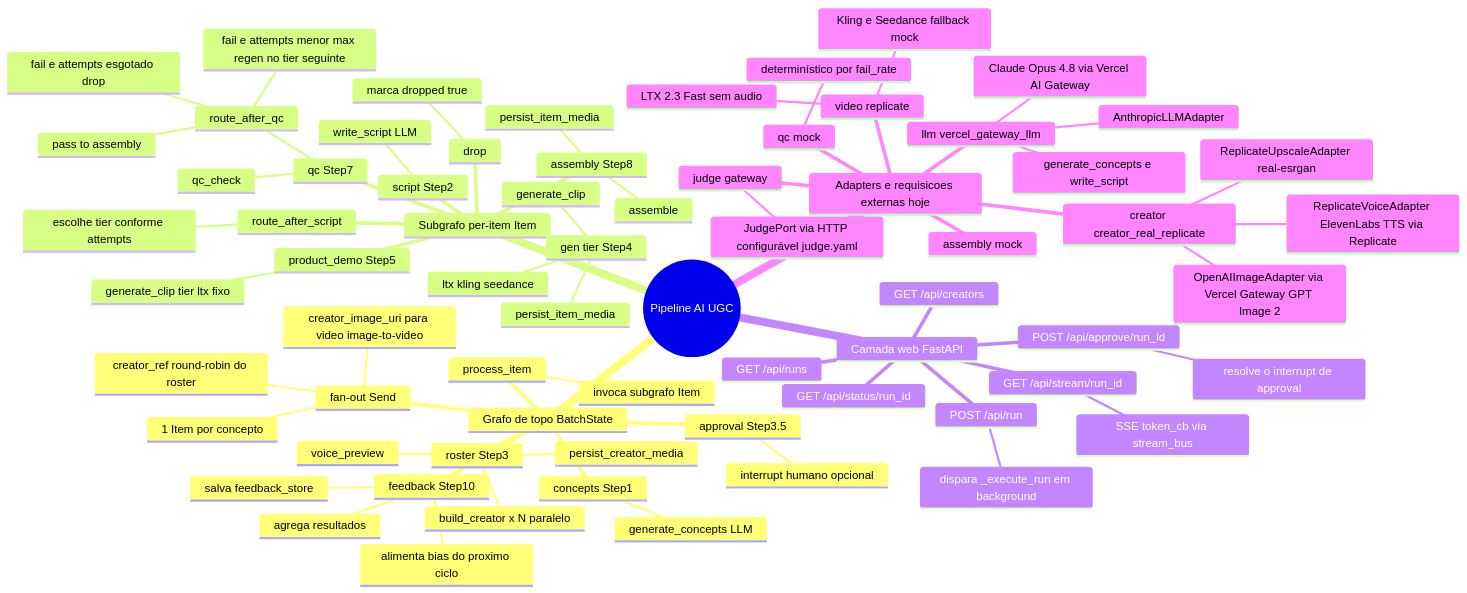
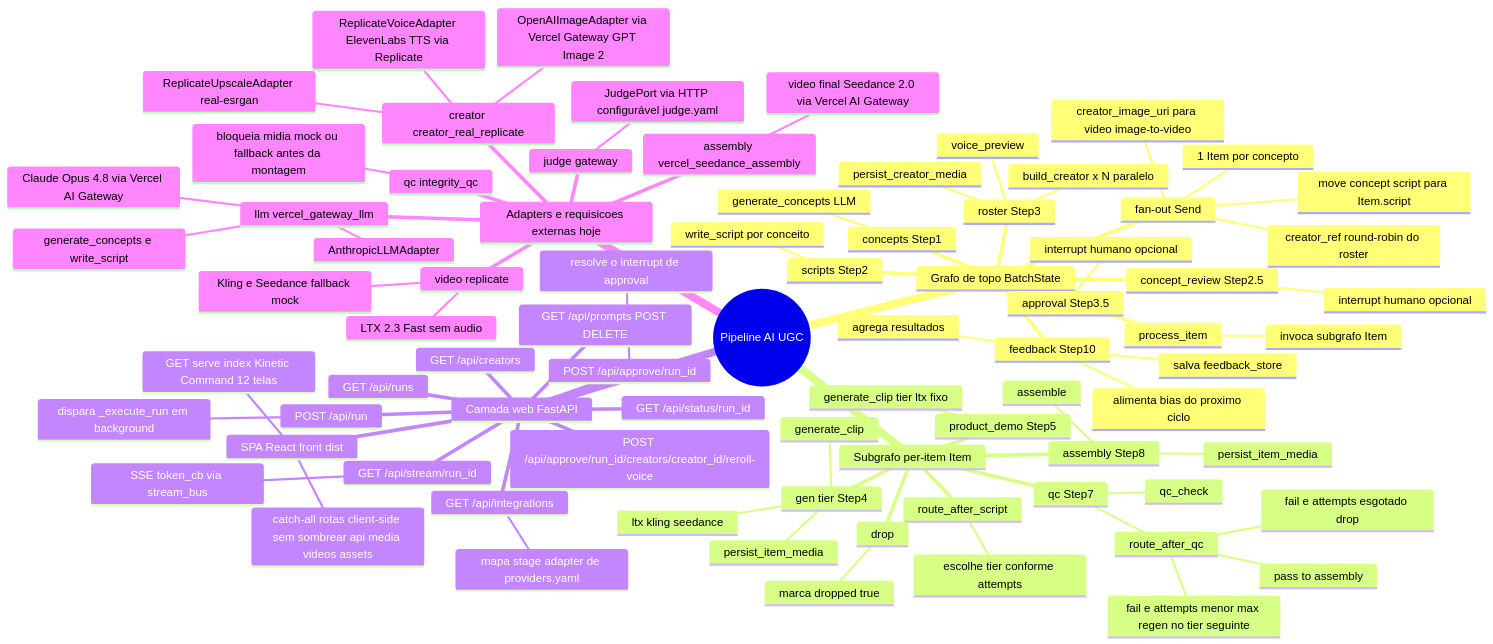
Before and after one commit to Lazaroenrico/video-orchestration-ai: the first of 2 diagrams in docs/FLOW_MINDMAP.md, drawn with Mermaid. The commit also changed other lines of this file and 75 other files, not shown here.

````diff
--- a/docs/FLOW_MINDMAP.md
+++ b/docs/FLOW_MINDMAP.md
@@ -10,16 +10,21 @@
 mindmap
   root((Pipeline AI UGC))
     Grafo de topo BatchState
+      concepts Step1
+        generate_concepts LLM
+      scripts Step2
+        write_script por conceito
+      concept_review Step2.5
+        interrupt humano opcional
       roster Step3
         build_creator x N paralelo
         persist_creator_media
         voice_preview
       approval Step3.5
         interrupt humano opcional
-      concepts Step1
-        generate_concepts LLM
       fan-out Send
         1 Item por concepto
+        move concept script para Item.script
         creator_ref round-robin do roster
         creator_image_uri para video image-to-video
       process_item
@@ -29,8 +34,6 @@
         salva feedback_store
         alimenta bias do proximo ciclo
     Subgrafo per-item Item
-      script Step2
-        write_script LLM
       route_after_script
         escolhe tier conforme attempts
       gen tier Step4
@@ -51,13 +54,20 @@
       drop
         marca dropped true
     Camada web FastAPI
+      SPA React front dist
+        GET serve index Kinetic Command 12 telas
+        catch-all rotas client-side sem sombrear api media videos assets
       POST /api/run
         dispara _execute_run em background
       GET /api/stream/run_id
         SSE token_cb via stream_bus
       POST /api/approve/run_id
         resolve o interrupt de approval
+      POST /api/approve/run_id/creators/creator_id/reroll-voice
       GET /api/creators
+      GET /api/prompts POST DELETE
+      GET /api/integrations
+        mapa stage adapter de providers.yaml
       GET /api/runs
       GET /api/status/run_id
     Adapters e requisicoes externas hoje
@@ -72,9 +82,10 @@
       video replicate
         LTX 2.3 Fast sem audio
         Kling e Seedance fallback mock
-      qc mock
-        determinístico por fail_rate
-      assembly mock
+      qc integrity_qc
+        bloqueia midia mock ou fallback antes da montagem
+      assembly vercel_seedance_assembly
+        video final Seedance 2.0 via Vercel AI Gateway
       judge gateway
         JudgePort via HTTP configurável judge.yaml
 ```
````
